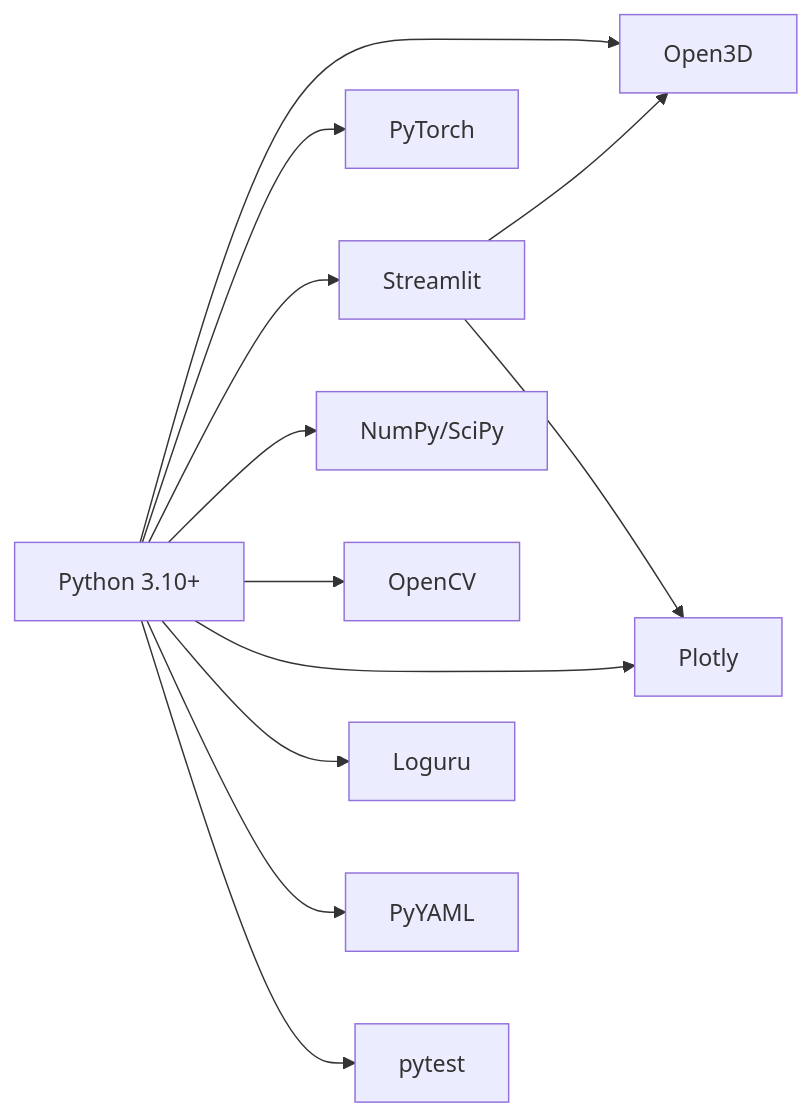
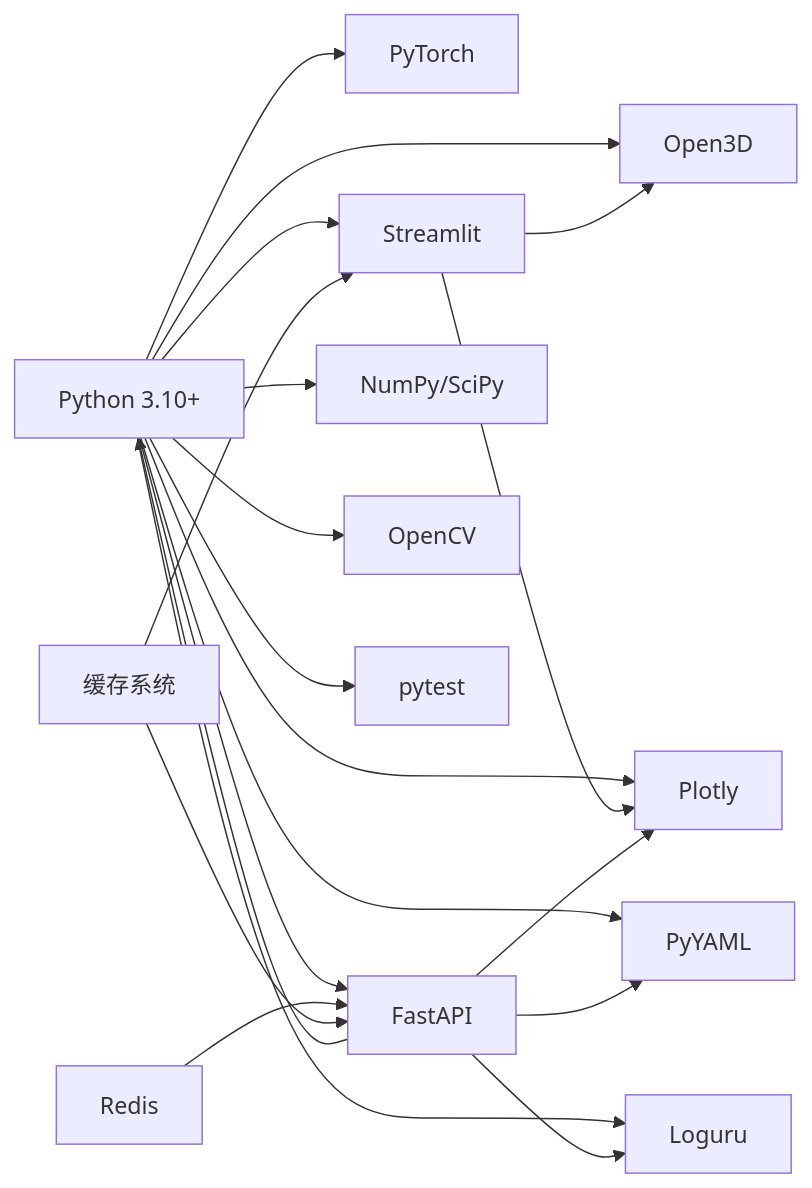
One commit to nanfeng2021/fall-detection-system changed the tenth of 10 diagrams in .qoder/repowiki/zh/content/系统架构/技术栈选型.md. Above: the diagram before and after it, drawn with Mermaid. The commit also changed other lines of this file and 16 other files, not shown here.

````diff
--- a/.qoder/repowiki/zh/content/系统架构/技术栈选型.md
+++ b/.qoder/repowiki/zh/content/系统架构/技术栈选型.md
@@ -257,14 +359,22 @@
 ```mermaid
 graph LR
 PY["Python 3.10+"] --> O3D["Open3D"]
 PY --> PT["PyTorch"]
 PY --> ST["Streamlit"]
+PY --> FA["FastAPI"]
 PY --> NP["NumPy/SciPy"]
 PY --> CV["OpenCV"]
 PY --> PL["Plotly"]
 PY --> LG["Loguru"]
 PY --> YML["PyYAML"]
 PY --> PS["pytest"]
 ST --> O3D
 ST --> PL
+FA --> PY
+FA --> YML
+FA --> LG
+FA --> PL
+REDIS["Redis"] --> FA
+CACHE["缓存系统"] --> FA
+CACHE --> ST
 ```
````
